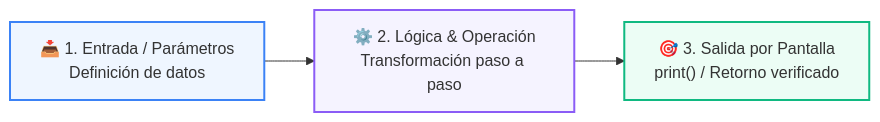
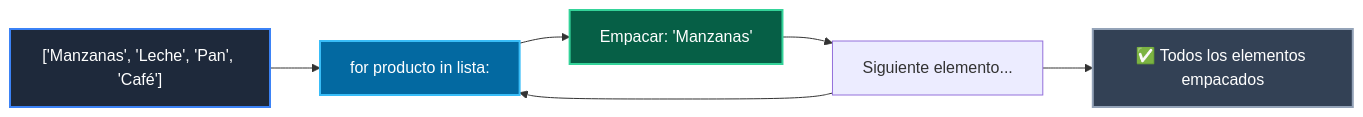
The diagram in 01-fundamentos-python/clase-01-panorama-general/ejemplos/ejemplo_04_for_la_cinta_transportadora/README.md (wisrovi/wisrovi-python), drawn with Mermaid before and after one commit. The commit also changed other lines of this file and 271 other files, not shown here.

Commit message:
docs: rewrite all README.md files with bespoke topic-specific Mermaid diagrams and remove repetitive boilerplate

````diff
--- a/01-fundamentos-python/clase-01-panorama-general/ejemplos/ejemplo_04_for_la_cinta_transportadora/README.md
+++ b/01-fundamentos-python/clase-01-panorama-general/ejemplos/ejemplo_04_for_la_cinta_transportadora/README.md
@@ -12,9 +12,13 @@
 ```mermaid
 flowchart LR
-    IN["📥 1. Entrada / Parámetros<br/>Definición de datos"] --> PROC["⚙️ 2. Lógica & Operación<br/>Transformación paso a paso"]
-    PROC --> OUT["🎯 3. Salida por Pantalla<br/>print() / Retorno verificado"]
+    LST["['Manzanas', 'Leche', 'Pan', 'Café']"] --> FOR["for producto in lista:"]
+    FOR --> PKG["Empacar: 'Manzanas'"]
+    PKG --> NEXT["Siguiente elemento..."]
+    NEXT --> FOR
+    NEXT --> DONE["✅ Todos los elementos empacados"]
 
-    style IN fill:#eff6ff,stroke:#3b82f6,stroke-width:2px
-    style PROC fill:#f5f3ff,stroke:#8b5cf6,stroke-width:2px
-    style OUT fill:#ecfdf5,stroke:#10b981,stroke-width:2px
+    style LST fill:#1e293b,color:#fff,stroke:#3b82f6,stroke-width:2px
+    style FOR fill:#0369a1,color:#fff,stroke:#38bdf8,stroke-width:2px
+    style PKG fill:#065f46,color:#fff,stroke:#34d399,stroke-width:2px
+    style DONE fill:#334155,color:#fff,stroke:#94a3b8,stroke-width:2px
 ```
````
